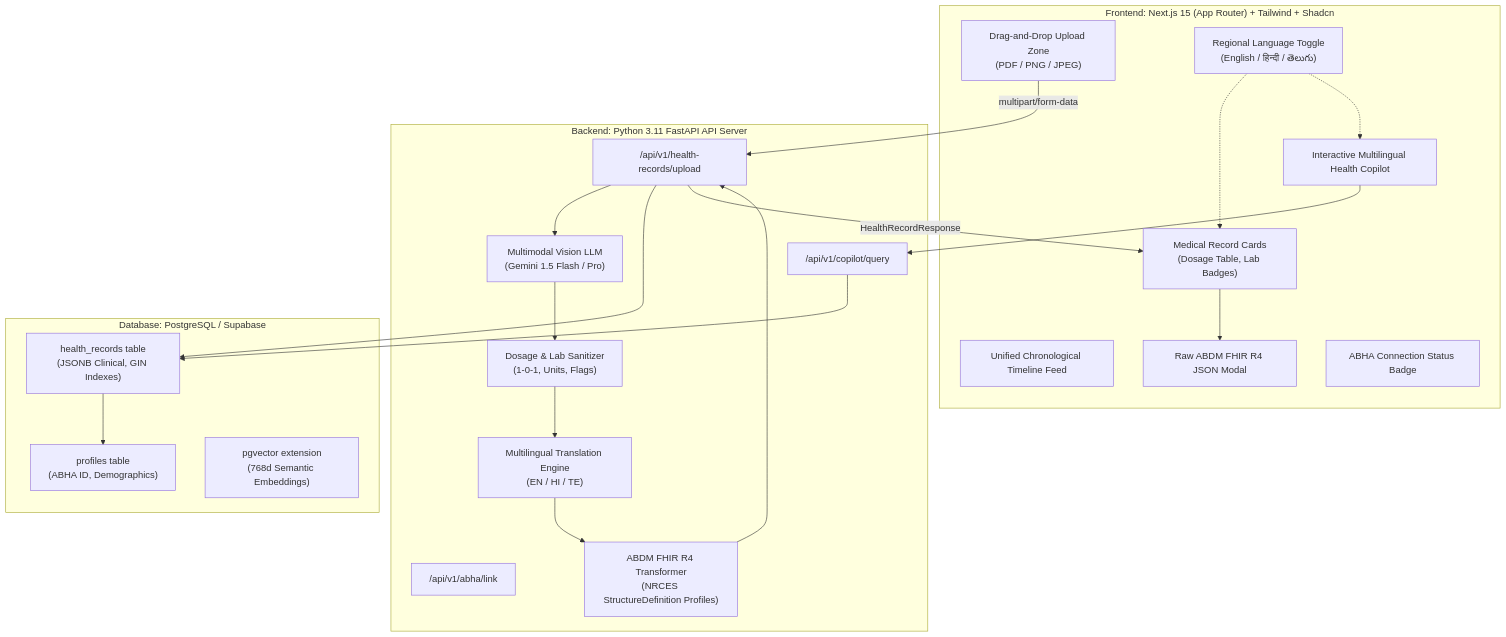
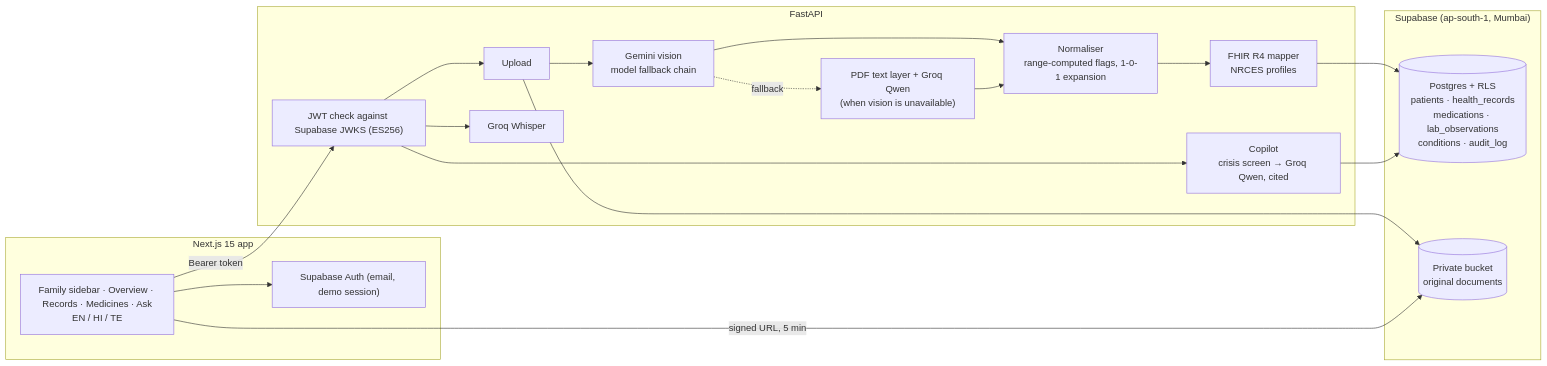
Before and after one commit to Amith-Gupta/Personal-Health-Copilot: the diagram in README.md, drawn with Mermaid. The commit also changed other lines of this file, not shown here.

Commit message:
docs: rewrite README to match the rebuilt app, add architecture diagram and demo script

````diff
--- a/README.md
+++ b/README.md
@@ -9,46 +20,32 @@
 ```mermaid
-flowchart TD
-    subgraph Client["Frontend: Next.js 15 (App Router) + Tailwind + Shadcn"]
-        UploadZone["Drag-and-Drop Upload Zone\n(PDF / PNG / JPEG)"]
-        Timeline["Unified Chronological Timeline Feed"]
-        RecordCard["Medical Record Cards\n(Dosage Table, Lab Badges)"]
-        FHIRModal["Raw ABDM FHIR R4 JSON Modal"]
-        LangToggle["Regional Language Toggle\n(English / हिन्दी / తెలుగు)"]
-        ABHABadge["ABHA Connection Status Badge"]
-        CopilotChat["Interactive Multilingual Health Copilot"]
-    end
+flowchart LR
+  subgraph Browser["Next.js 15 app"]
+    UI["Family sidebar · Overview · Records · Medicines · Ask\nEN / HI / TE"]
+    SBJS["Supabase Auth (email, demo session)"]
+  end
 
-    subgraph Backend["Backend: Python 3.11 FastAPI API Server"]
-        IngestRouter["/api/v1/health-records/upload"]
-        ABHARouter["/api/v1/abha/link"]
-        SearchRouter["/api/v1/copilot/query"]
-        
-        OCR["Multimodal Vision LLM\n(Gemini 1.5 Flash / Pro)"]
-        RegexCleaner["Dosage & Lab Sanitizer\n(1-0-1, Units, Flags)"]
-        Translator["Multilingual Translation Engine\n(EN / HI / TE)"]
-        FHIRMapper["ABDM FHIR R4 Transformer\n(NRCES StructureDefinition Profiles)"]
-    end
+  subgraph API["FastAPI"]
+    AUTH["JWT check against Supabase JWKS (ES256)"]
+    ING["Upload"]
+    OCR["Gemini vision\nmodel fallback chain"]
+    PDF["PDF text layer + Groq Qwen\n(when vision is unavailable)"]
+    NORM["Normaliser\nrange-computed flags, 1-0-1 expansion"]
+    FHIR["FHIR R4 mapper\nNRCES profiles"]
+    QA["Copilot\ncrisis screen → Groq Qwen, cited"]
+    VOICE["Groq Whisper"]
+  end
 
-    subgraph Database["Database: PostgreSQL / Supabase"]
-        Profiles["profiles table\n(ABHA ID, Demographics)"]
-        HealthRecords["health_records table\n(JSONB Clinical, GIN Indexes)"]
-        PgVector["pgvector extension\n(768d Semantic Embeddings)"]
-    end
+  subgraph Supabase["Supabase (ap-south-1, Mumbai)"]
+    PG[("Postgres + RLS\npatients · health_records\nmedications · lab_observations\nconditions · audit_log")]
+    ST[("Private bucket\noriginal documents")]
+  end
 
-    UploadZone -->|multipart/form-data| IngestRouter
-    IngestRouter --> OCR
-    OCR --> RegexCleaner
-    RegexCleaner --> Translator
-    Translator --> FHIRMapper
-    FHIRMapper --> IngestRouter
-    IngestRouter --> HealthRecords
-    HealthRecords --> Profiles
-    
-    CopilotChat --> SearchRouter
-    SearchRouter --> HealthRecords
-
-    IngestRouter -->|HealthRecordResponse| RecordCard
-    RecordCard --> FHIRModal
-    LangToggle -.-> RecordCard
-    LangToggle -.-> CopilotChat
+  UI --> SBJS
+  UI -- "Bearer token" --> AUTH
+  AUTH --> ING --> OCR --> NORM --> FHIR --> PG
+  OCR -. fallback .-> PDF --> NORM
+  ING --> ST
+  AUTH --> QA --> PG
+  AUTH --> VOICE
+  UI -- "signed URL, 5 min" --> ST
 ```
````
